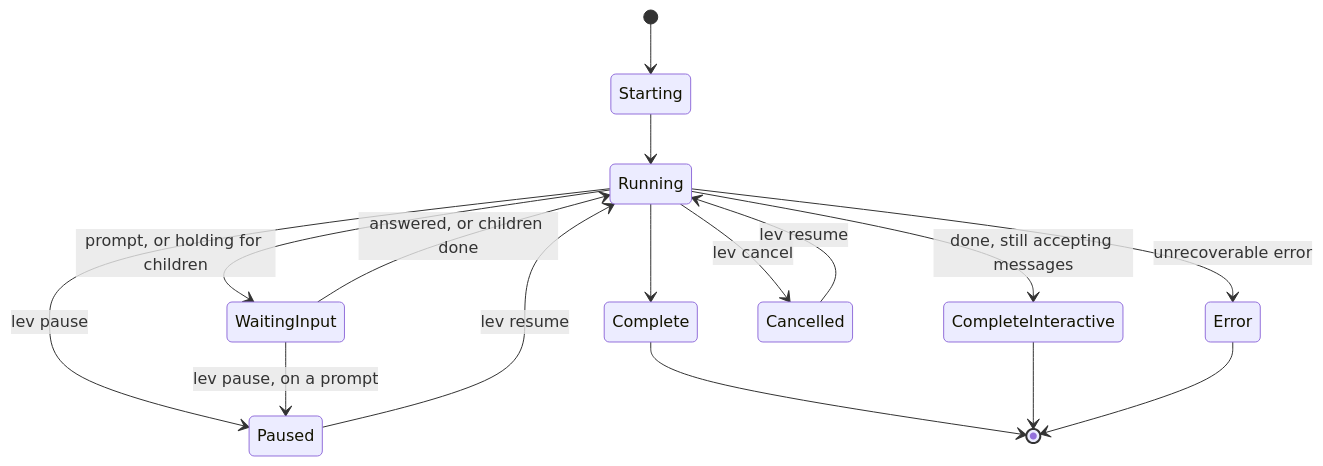
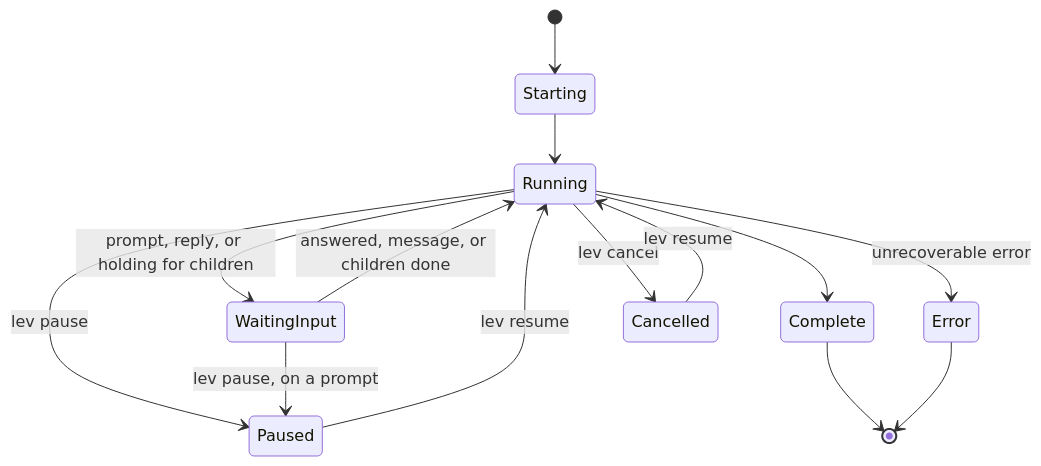
Before and after one commit to GEMISIS/leviath: the second of 2 diagrams in docs/content/agents.md, drawn with Mermaid. The commit also changed other lines of this file and 85 other files, not shown here.

````diff
--- a/docs/content/agents.md
+++ b/docs/content/agents.md
@@ -131,18 +131,16 @@
 ```mermaid
 stateDiagram-v2
   [*] --> Starting
   Starting --> Running
-  Running --> WaitingInput: prompt, or holding for children
-  WaitingInput --> Running: answered, or children done
+  Running --> WaitingInput: prompt, reply, or holding for children
+  WaitingInput --> Running: answered, message, or children done
   Running --> Paused: lev pause
   WaitingInput --> Paused: lev pause, on a prompt
   Paused --> Running: lev resume
   Running --> Complete
-  Running --> CompleteInteractive: done, still accepting messages
   Running --> Error: unrecoverable error
   Running --> Cancelled: lev cancel
   Cancelled --> Running: lev resume
   Complete --> [*]
-  CompleteInteractive --> [*]
   Error --> [*]
 ```
````
